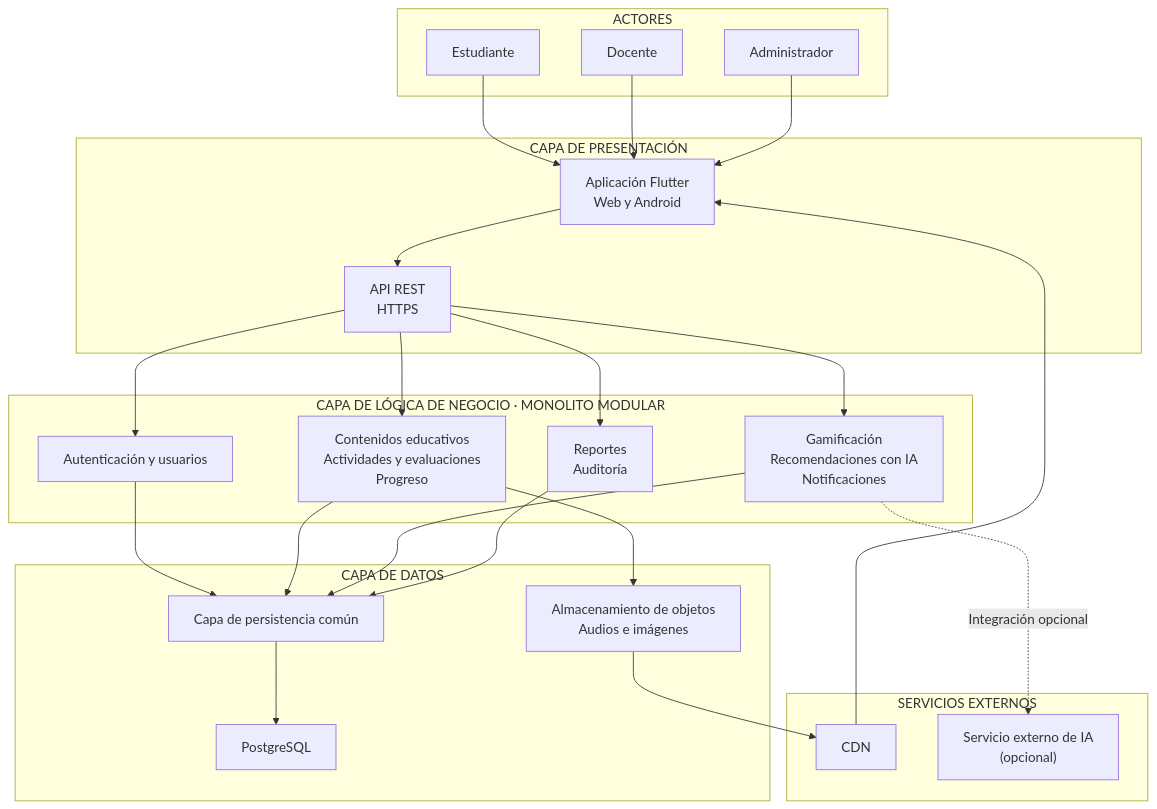
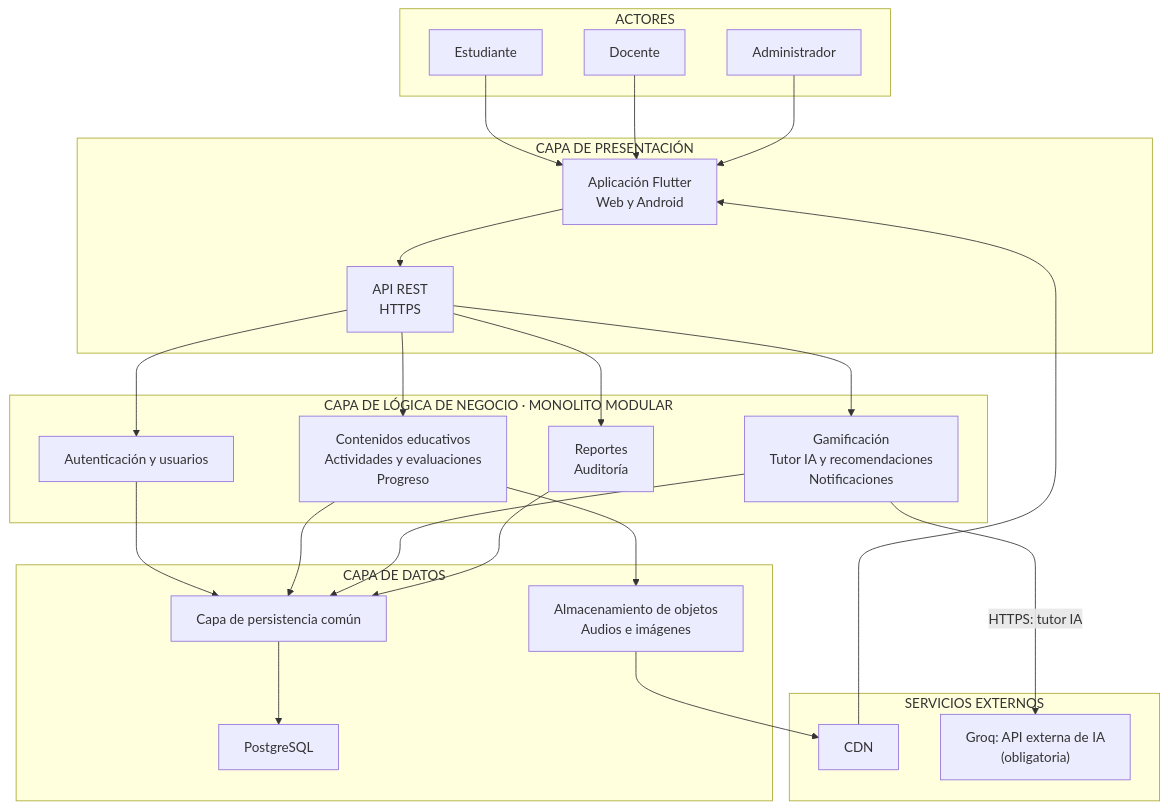
Before and after one commit to Juanjo166/ArquitSoft-ANALISIS-DE-CASO-ARQUITECTURA-Juan-Huaman: the diagram in docs/02-arquitectura-software/arquitectura-inicial.md, drawn with Mermaid. The commit also changed other lines of this file and 47 other files, not shown here.

Commit message:
docs: establecer Groq como integración obligatoria del Sprint 1

````diff
--- a/docs/02-arquitectura-software/arquitectura-inicial.md
+++ b/docs/02-arquitectura-software/arquitectura-inicial.md
@@ -9,52 +9,52 @@
 ```mermaid
 flowchart TB
     subgraph ACTORES["ACTORES"]
         Estudiante["Estudiante"]
         Docente["Docente"]
         Administrador["Administrador"]
     end
 
     subgraph PRESENTACION["CAPA DE PRESENTACIÓN"]
         Flutter["Aplicación Flutter<br/>Web y Android"]
         API["API REST<br/>HTTPS"]
     end
 
     subgraph NEGOCIO["CAPA DE LÓGICA DE NEGOCIO · MONOLITO MODULAR"]
         Usuarios["Autenticación y usuarios"]
         Aprendizaje["Contenidos educativos<br/>Actividades y evaluaciones<br/>Progreso"]
-        Motivacion["Gamificación<br/>Recomendaciones con IA<br/>Notificaciones"]
+        Motivacion["Gamificación<br/>Tutor IA y recomendaciones<br/>Notificaciones"]
         Gestion["Reportes<br/>Auditoría"]
     end
 
     subgraph DATOS["CAPA DE DATOS"]
         Persistencia["Capa de persistencia común"]
         PostgreSQL["PostgreSQL"]
         Objetos["Almacenamiento de objetos<br/>Audios e imágenes"]
     end
 
     subgraph EXTERNOS["SERVICIOS EXTERNOS"]
         CDN["CDN"]
-        IA["Servicio externo de IA<br/>(opcional)"]
+        IA["Groq: API externa de IA<br/>(obligatoria)"]
     end
 
     Estudiante --> Flutter
     Docente --> Flutter
     Administrador --> Flutter
     Flutter --> API
 
     API --> Usuarios
     API --> Aprendizaje
     API --> Motivacion
     API --> Gestion
 
     Usuarios --> Persistencia
     Aprendizaje --> Persistencia
     Motivacion --> Persistencia
     Gestion --> Persistencia
     Persistencia --> PostgreSQL
 
     Aprendizaje --> Objetos
     Objetos --> CDN
     CDN --> Flutter
-    Motivacion -. Integración opcional .-> IA
+    Motivacion -->|"HTTPS: tutor IA"| IA
 ```
````
